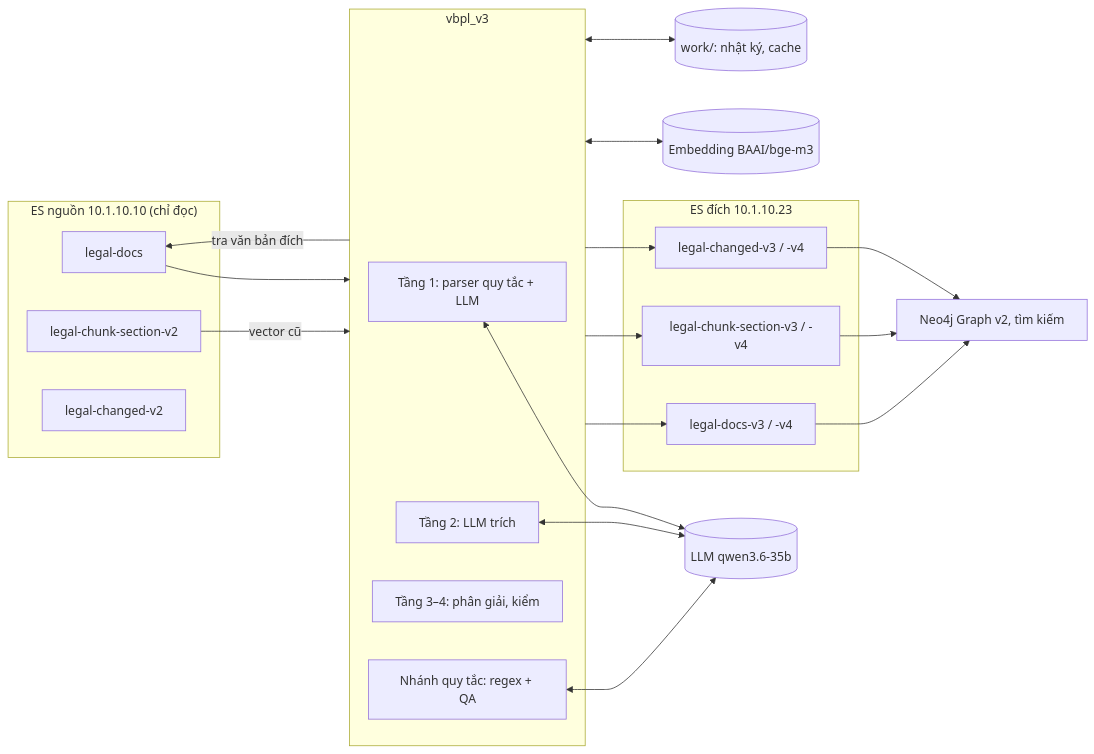
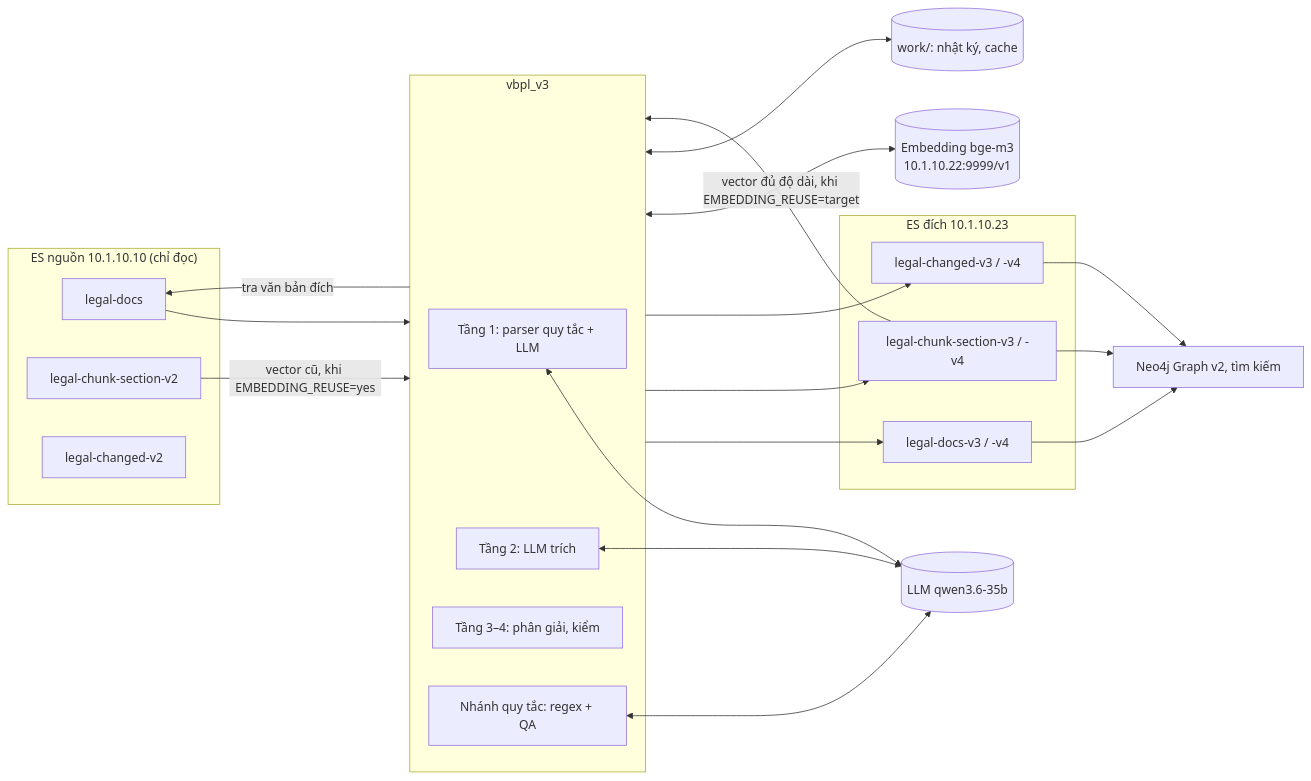
One commit to Vuminhnhat11224897/data_conversion changed the diagram in docs/01-kien-truc.md. Above: the diagram before and after it, drawn with Mermaid. The commit also changed other lines of this file and 16 other files, not shown here.

````diff
--- a/docs/01-kien-truc.md
+++ b/docs/01-kien-truc.md
@@ -17,32 +17,33 @@
 ```mermaid
 flowchart LR
   subgraph SRC["ES nguồn 10.1.10.10 (chỉ đọc)"]
     D2[legal-docs]
     C2[legal-chunk-section-v2]
     R2[legal-changed-v2]
   end
   subgraph TOOL["vbpl_v3"]
     P["Tầng 1: parser quy tắc + LLM"]
     X["Tầng 2: LLM trích"]
     V["Tầng 3–4: phân giải, kiểm"]
     Q["Nhánh quy tắc: regex + QA"]
   end
   subgraph DST["ES đích 10.1.10.23"]
     D3["legal-docs-v3 / -v4"]
     C3["legal-chunk-section-v3 / -v4"]
     R3["legal-changed-v3 / -v4"]
   end
   LLM[(LLM qwen3.6-35b)]
-  EMB[(Embedding BAAI/bge-m3)]
+  EMB[(Embedding bge-m3<br/>10.1.10.22:9999/v1)]
   WORK[(work/: nhật ký, cache)]
   D2 --> TOOL
-  C2 -- vector cũ --> TOOL
+  C2 -- vector cũ, khi EMBEDDING_REUSE=yes --> TOOL
+  C3 -- vector đủ độ dài, khi EMBEDDING_REUSE=target --> TOOL
   TOOL -- tra văn bản đích --> D2
   TOOL --> D3 & C3 & R3
   P <--> LLM
   X <--> LLM
   Q <--> LLM
   TOOL <--> EMB
   TOOL <--> WORK
   D3 & C3 & R3 --> G[Neo4j Graph v2, tìm kiếm]
 ```
````
